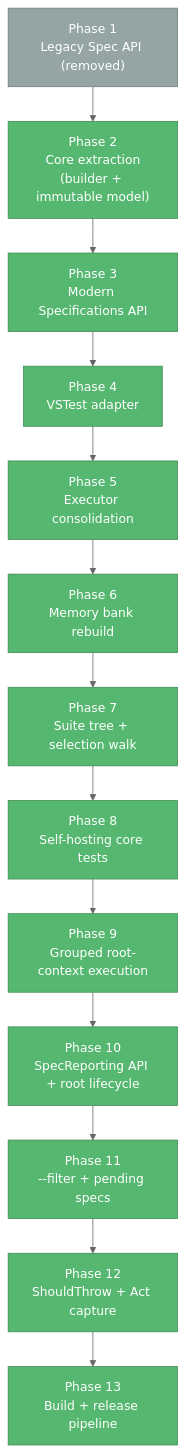
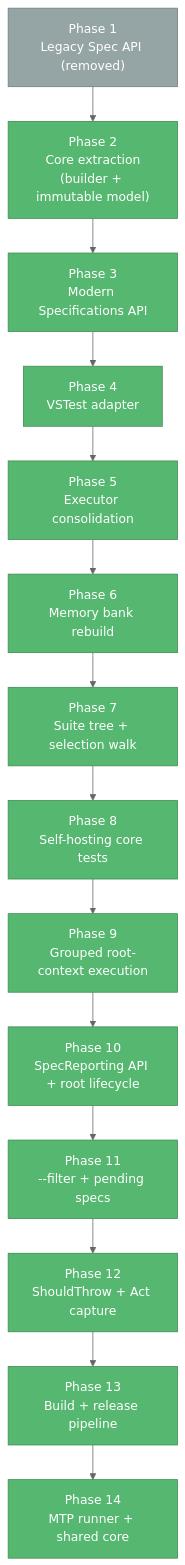
The diagram in memory-bank/progress.md (yozepi/Specs), drawn with Mermaid before and after one commit. The commit also changed other lines of this file and 103 other files, not shown here.

````diff
--- a/memory-bank/progress.md
+++ b/memory-bank/progress.md
@@ -95,23 +111,24 @@
 ```mermaid
 %%{init: {'theme': 'neutral', 'flowchart': {'nodeSpacing': 30, 'rankSpacing': 45, 'wrappingWidth': 160}}}%%
 flowchart TD
     P1["Phase 1<br/>Legacy Spec API (removed)"]:::deprecated
     P2["Phase 2<br/>Core extraction<br/>(builder + immutable model)"]:::app
     P3["Phase 3<br/>Modern Specifications API"]:::app
     P4["Phase 4<br/>VSTest adapter"]:::app
     P5["Phase 5<br/>Executor consolidation"]:::app
     P6["Phase 6<br/>Memory bank rebuild"]:::app
     P7["Phase 7<br/>Suite tree + selection walk"]:::app
     P8["Phase 8<br/>Self-hosting core tests"]:::app
     P9["Phase 9<br/>Grouped root-context execution"]:::app
     P10["Phase 10<br/>SpecReporting API + root lifecycle"]:::app
     P11["Phase 11<br/>--filter + pending specs"]:::app
     P12["Phase 12<br/>ShouldThrow + Act capture"]:::app
     P13["Phase 13<br/>Build + release pipeline"]:::app
+    P14["Phase 14<br/>MTP runner + shared core"]:::app
 
     P1 --> P2 --> P3 --> P4
-    P4 --> P5 --> P6 --> P7 --> P8 --> P9 --> P10 --> P11 --> P12 --> P13
+    P4 --> P5 --> P6 --> P7 --> P8 --> P9 --> P10 --> P11 --> P12 --> P13 --> P14
 
     classDef app fill:#56B870,stroke:#3D8B50,color:#fff
     classDef deprecated fill:#95A5A6,stroke:#707B7C,color:#fff
 ```
````
